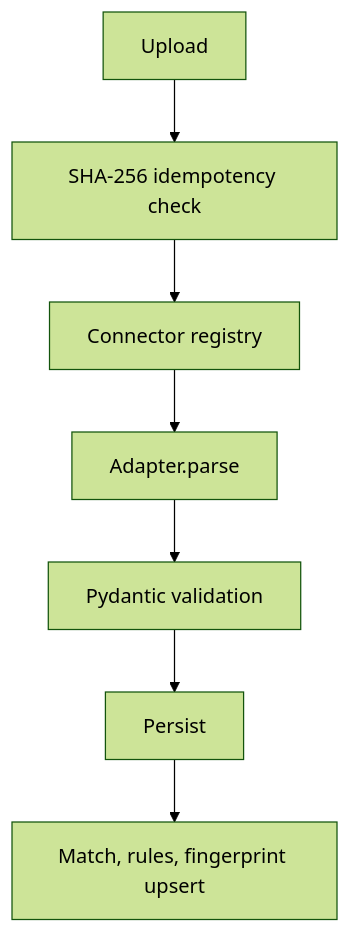
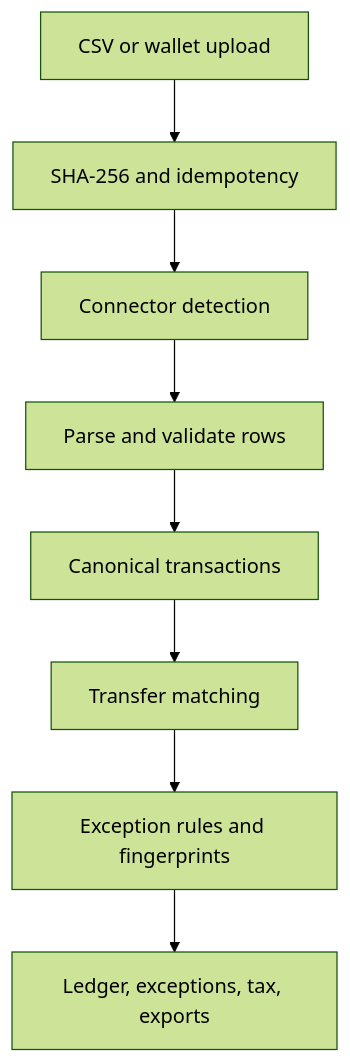
The second of 2 diagrams in README.md (riddhisc/Crpytoorbit), drawn with Mermaid (forest theme) before and after one commit. The commit also changed other lines of this file and 1 other file, not shown here.

````diff
--- a/README.md
+++ b/README.md
@@ -42,8 +69,10 @@
 ```mermaid
 flowchart TD
-  Upload --> Hash["SHA-256 idempotency check"]
-  Hash --> Registry["Connector registry"]
-  Registry --> Parse["Adapter.parse"]
-  Parse --> Validate["Pydantic validation"]
-  Validate --> Persist --> Reconcile["Match, rules, fingerprint upsert"]
+  Upload["CSV or wallet upload"] --> Hash["SHA-256 and idempotency"]
+  Hash --> Detect["Connector detection"]
+  Detect --> Parse["Parse and validate rows"]
+  Parse --> Persist["Canonical transactions"]
+  Persist --> Match["Transfer matching"]
+  Match --> Rules["Exception rules and fingerprints"]
+  Rules --> Desk["Ledger, exceptions, tax, exports"]
 ```
````
